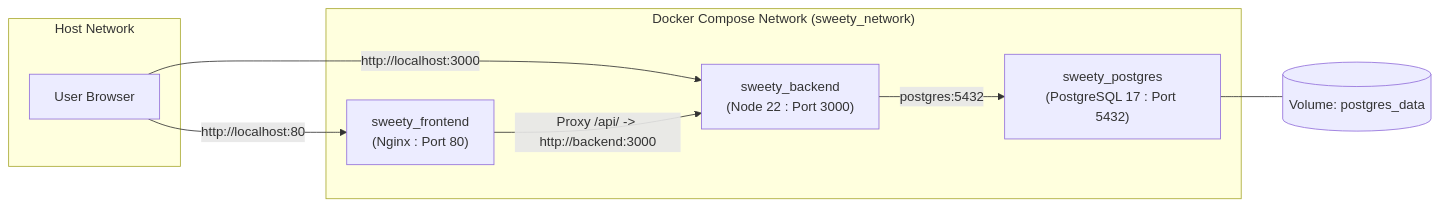
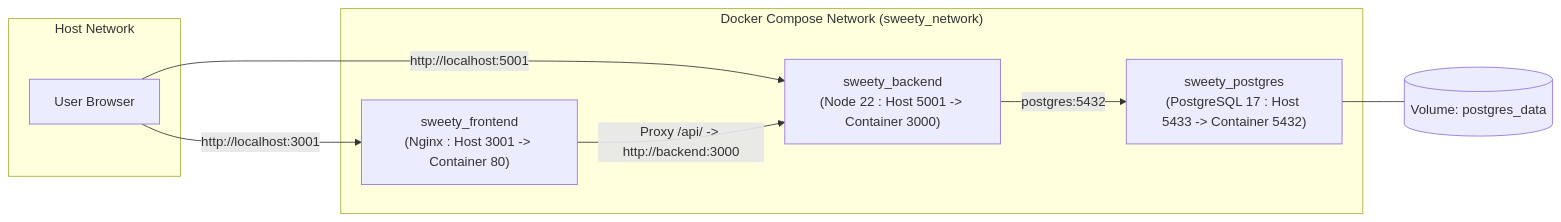
The third of 3 diagrams in README.md (Rislasherin/Sweety), drawn with Mermaid before and after one commit. The commit also changed other lines of this file and 6 other files, not shown here.

Commit message:
chore(docker): configure host port isolation and container healthchecks

````diff
--- a/README.md
+++ b/README.md
@@ -450,18 +450,18 @@
 ```mermaid
 graph LR
     subgraph Host Network
         Browser["User Browser"]
     end
 
     subgraph "Docker Compose Network (sweety_network)"
-        Frontend["sweety_frontend<br/>(Nginx : Port 80)"]
-        Backend["sweety_backend<br/>(Node 22 : Port 3000)"]
-        Postgres["sweety_postgres<br/>(PostgreSQL 17 : Port 5432)"]
+        Frontend["sweety_frontend<br/>(Nginx : Host 3001 -> Container 80)"]
+        Backend["sweety_backend<br/>(Node 22 : Host 5001 -> Container 3000)"]
+        Postgres["sweety_postgres<br/>(PostgreSQL 17 : Host 5433 -> Container 5432)"]
     end
 
-    Browser -->|"http://localhost:80"| Frontend
-    Browser -->|"http://localhost:3000"| Backend
+    Browser -->|"http://localhost:3001"| Frontend
+    Browser -->|"http://localhost:5001"| Backend
     Frontend -->|"Proxy /api/ -> http://backend:3000"| Backend
     Backend -->|"postgres:5432"| Postgres
     Postgres --- Volume[("Volume: postgres_data")]
 ```
````
